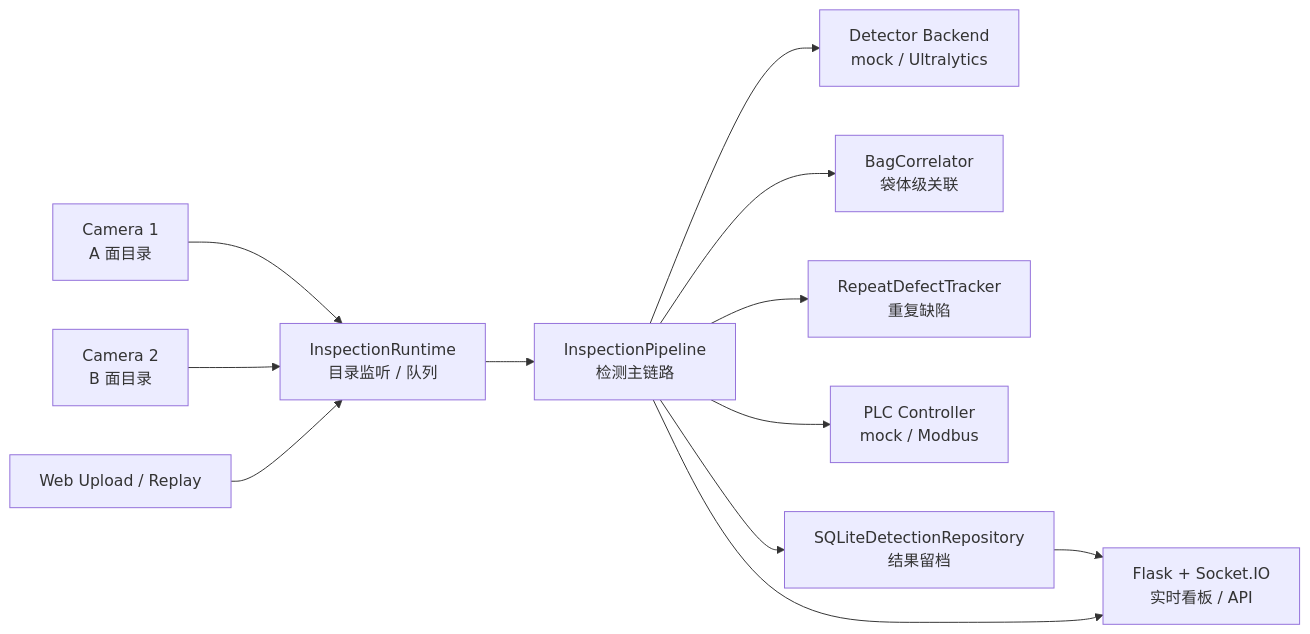
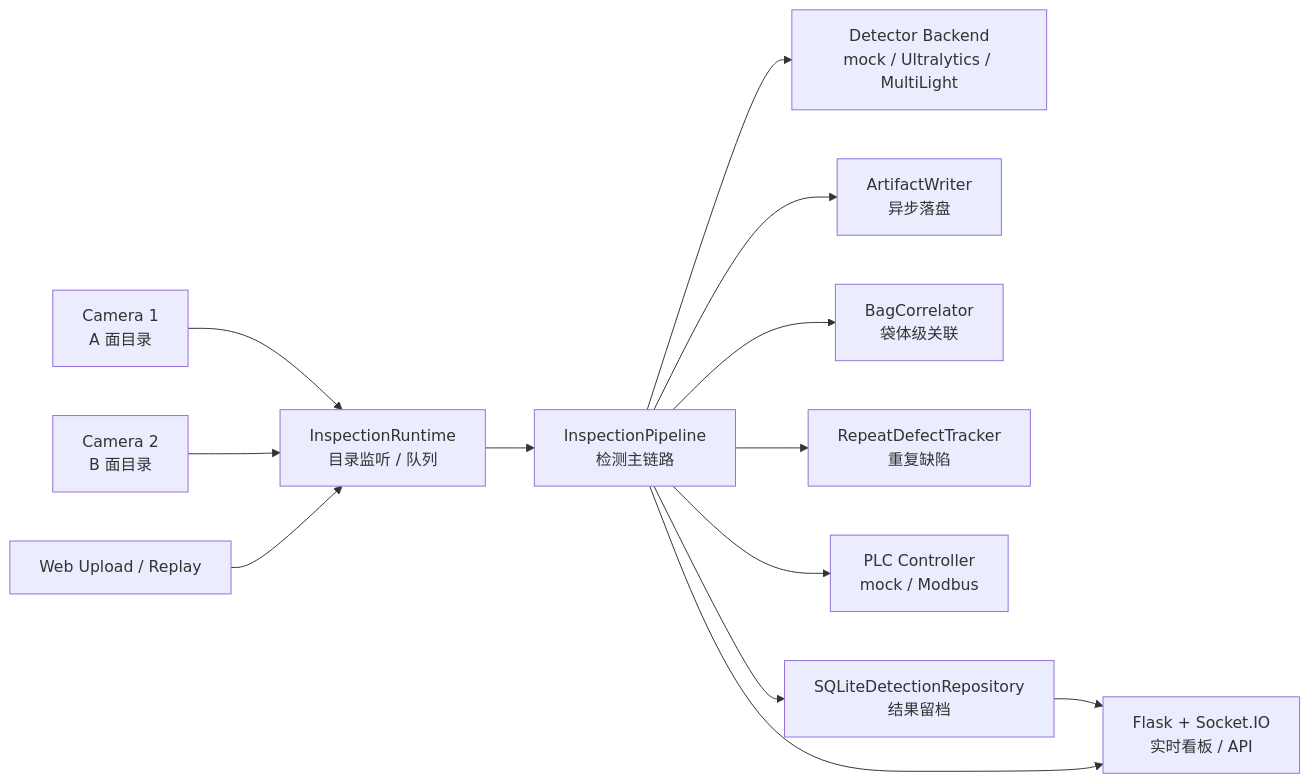
The diagram in docs/README.md (MzKyle/Defect-detection-of-water-sampling-bags), drawn with Mermaid before and after one commit. The commit also changed other lines of this file and 43 other files, not shown here.

````diff
--- a/docs/README.md
+++ b/docs/README.md
@@ -31,14 +33,15 @@
 ```mermaid
 graph LR
     CAM1["Camera 1<br/>A 面目录"] --> RT["InspectionRuntime<br/>目录监听 / 队列"]
     CAM2["Camera 2<br/>B 面目录"] --> RT
     UP["Web Upload / Replay"] --> RT
     RT --> PIPE["InspectionPipeline<br/>检测主链路"]
-    PIPE --> DET["Detector Backend<br/>mock / Ultralytics"]
+    PIPE --> DET["Detector Backend<br/>mock / Ultralytics / MultiLight"]
+    PIPE --> ART["ArtifactWriter<br/>异步落盘"]
     PIPE --> COR["BagCorrelator<br/>袋体级关联"]
     PIPE --> REP["RepeatDefectTracker<br/>重复缺陷"]
     PIPE --> PLC["PLC Controller<br/>mock / Modbus"]
     PIPE --> DB["SQLiteDetectionRepository<br/>结果留档"]
     DB --> WEB["Flask + Socket.IO<br/>实时看板 / API"]
     PIPE --> WEB
 ```
````
